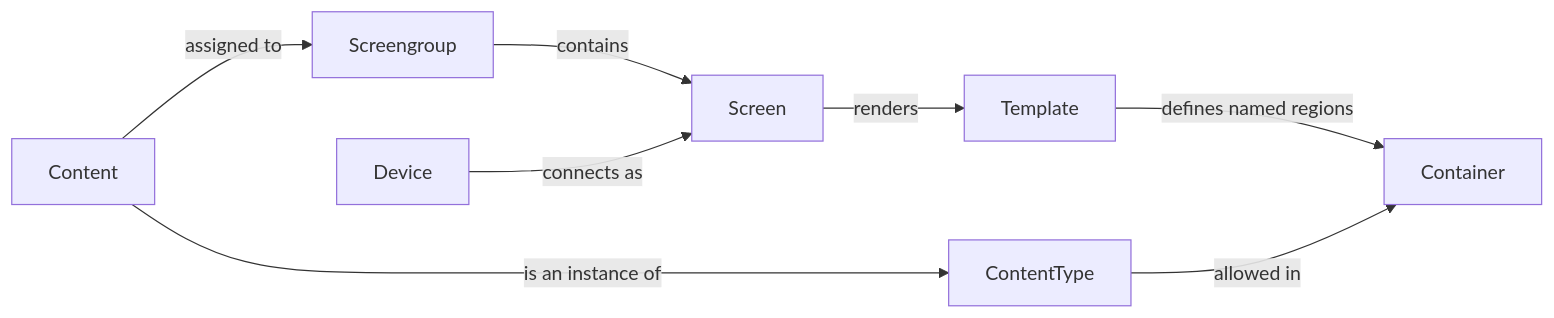
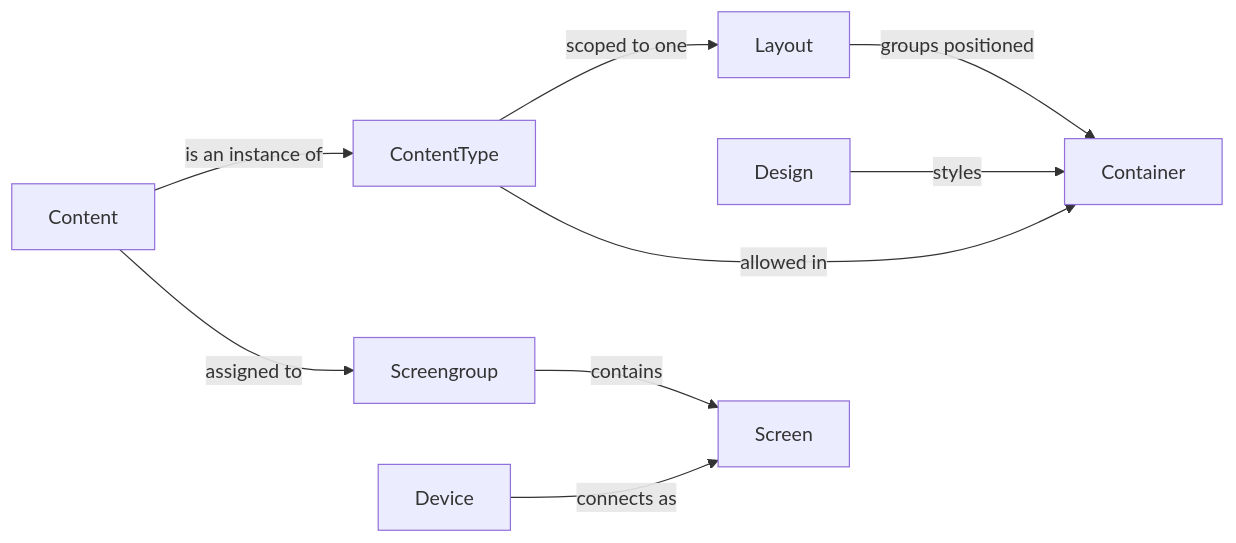
One commit to DisplayHive/DisplayHive changed the diagram in docs/user/index.md. Above: the diagram before and after it, drawn with Mermaid. The commit also changed other lines of this file and 14 other files, not shown here.

````diff
--- a/docs/user/index.md
+++ b/docs/user/index.md
@@ -14,10 +14,11 @@
 ```mermaid
 graph LR
-  Template -->|defines named regions| Container
+  Layout -->|groups positioned| Container
+  Design -->|styles| Container
+  ContentType -->|scoped to one| Layout
   ContentType -->|allowed in| Container
   Content -->|is an instance of| ContentType
   Content -->|assigned to| Screengroup
   Screengroup -->|contains| Screen
-  Screen -->|renders| Template
   Device -->|connects as| Screen
 ```
````
